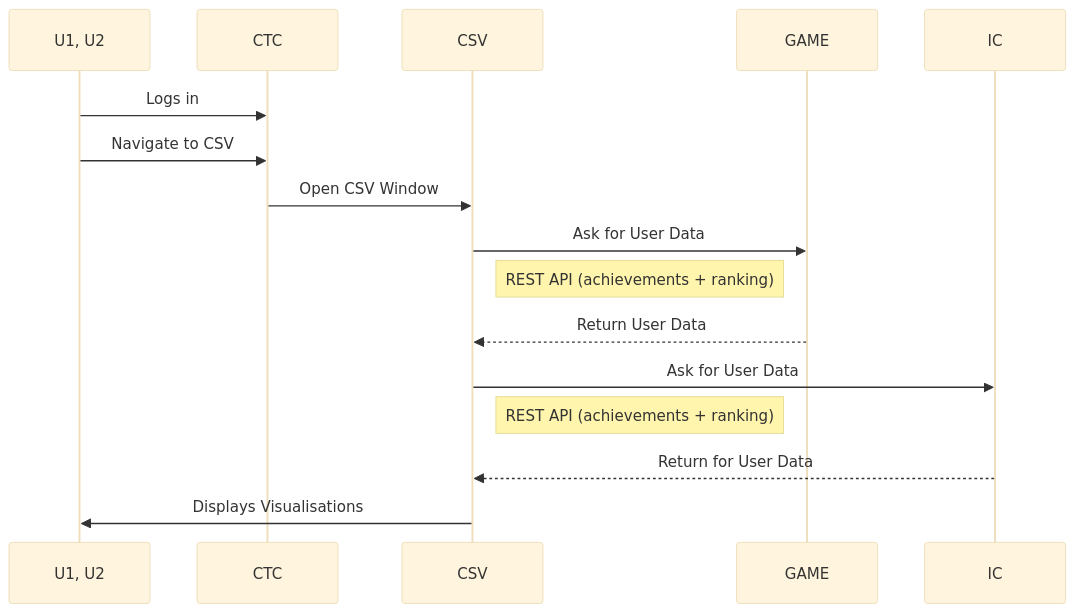
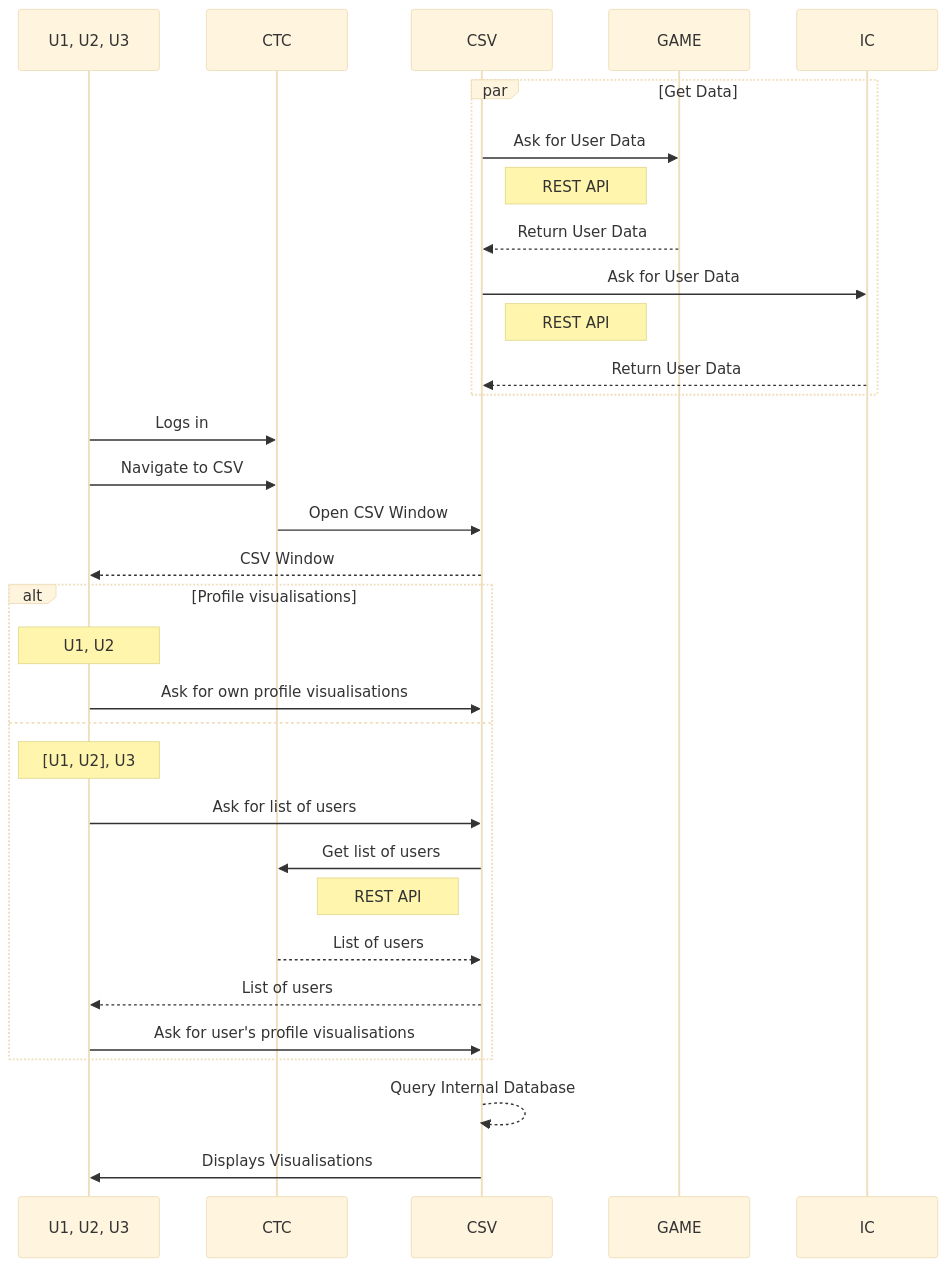
The diagram in UC-A-01.md (mactsouk/UC-mermaid), drawn with Mermaid (base theme) before and after one commit. The commit also changed other lines of this file and 3 other files, not shown here.

````diff
--- a/UC-A-01.md
+++ b/UC-A-01.md
@@ -4,19 +7,38 @@
 ```mermaid
 sequenceDiagram
-    participant U as U1, U2
+    participant U as U1, U2, U3
     participant CTC
     participant CSV
     participant GAME
     participant IC
 
+    par Get Data
+        CSV->>GAME: Ask for User Data
+        Note right of CSV: REST API
+        GAME-->>CSV: Return User Data
+        CSV->>IC: Ask for User Data
+        Note right of CSV: REST API
+        IC-->>CSV: Return User Data
+    end
+
     U->>CTC: Logs in
     U->>CTC: Navigate to CSV
     CTC->>CSV: Open CSV Window
-    CSV->>GAME: Ask for User Data
-    Note right of CSV: REST API (achievements + ranking)
-    GAME-->>CSV: Return User Data
-    CSV->>IC: Ask for User Data
-    Note right of CSV: REST API (achievements + ranking)
-    IC-->>CSV: Return for User Data
+    CSV-->>U: CSV Window
+
+    alt Profile visualisations
+        Note over U: U1, U2
+        U->>CSV: Ask for own profile visualisations
+    else
+        Note over U: [U1, U2], U3
+        U->>CSV: Ask for list of users
+        CSV->>CTC: Get list of users
+        Note left of CSV: REST API
+        CTC-->>CSV: List of users
+        CSV-->>U: List of users
+        U->>CSV: Ask for user's profile visualisations
+    end 
+
+    CSV-->>CSV: Query Internal Database
     CSV->>U: Displays Visualisations
 ```
````
